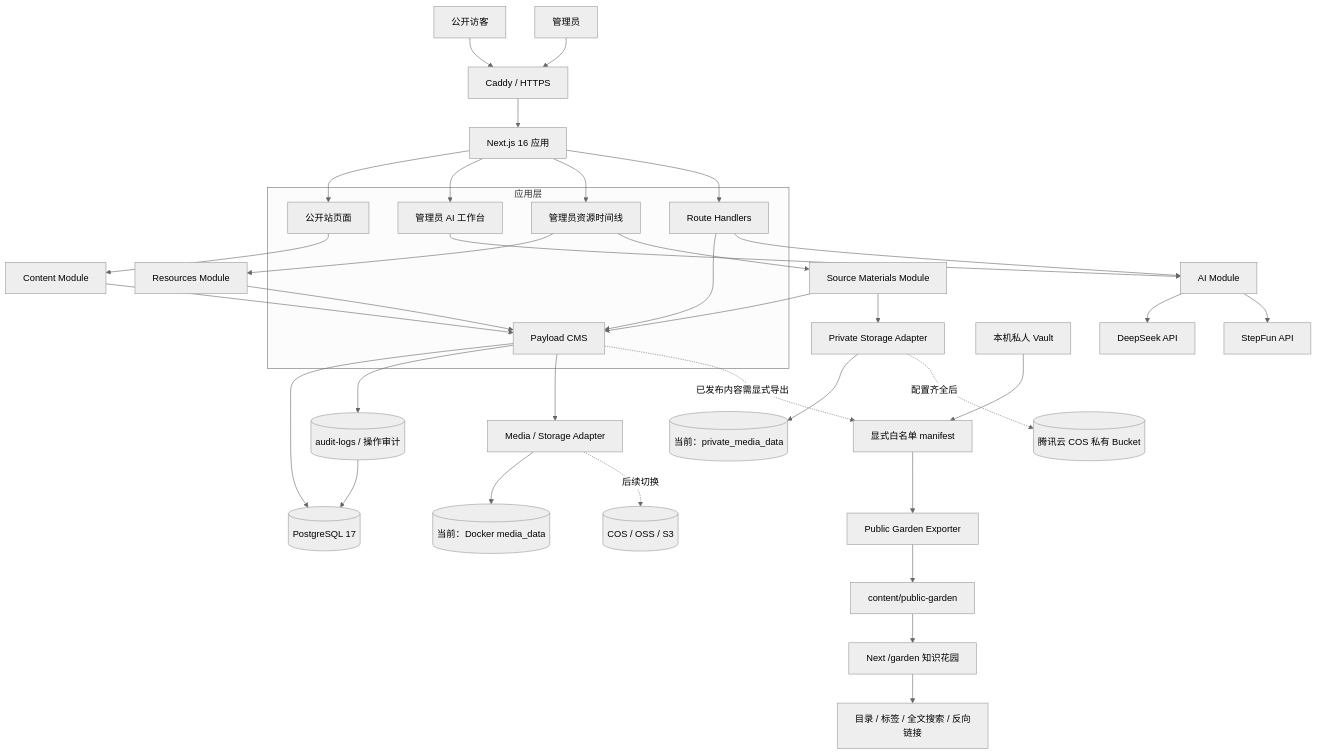
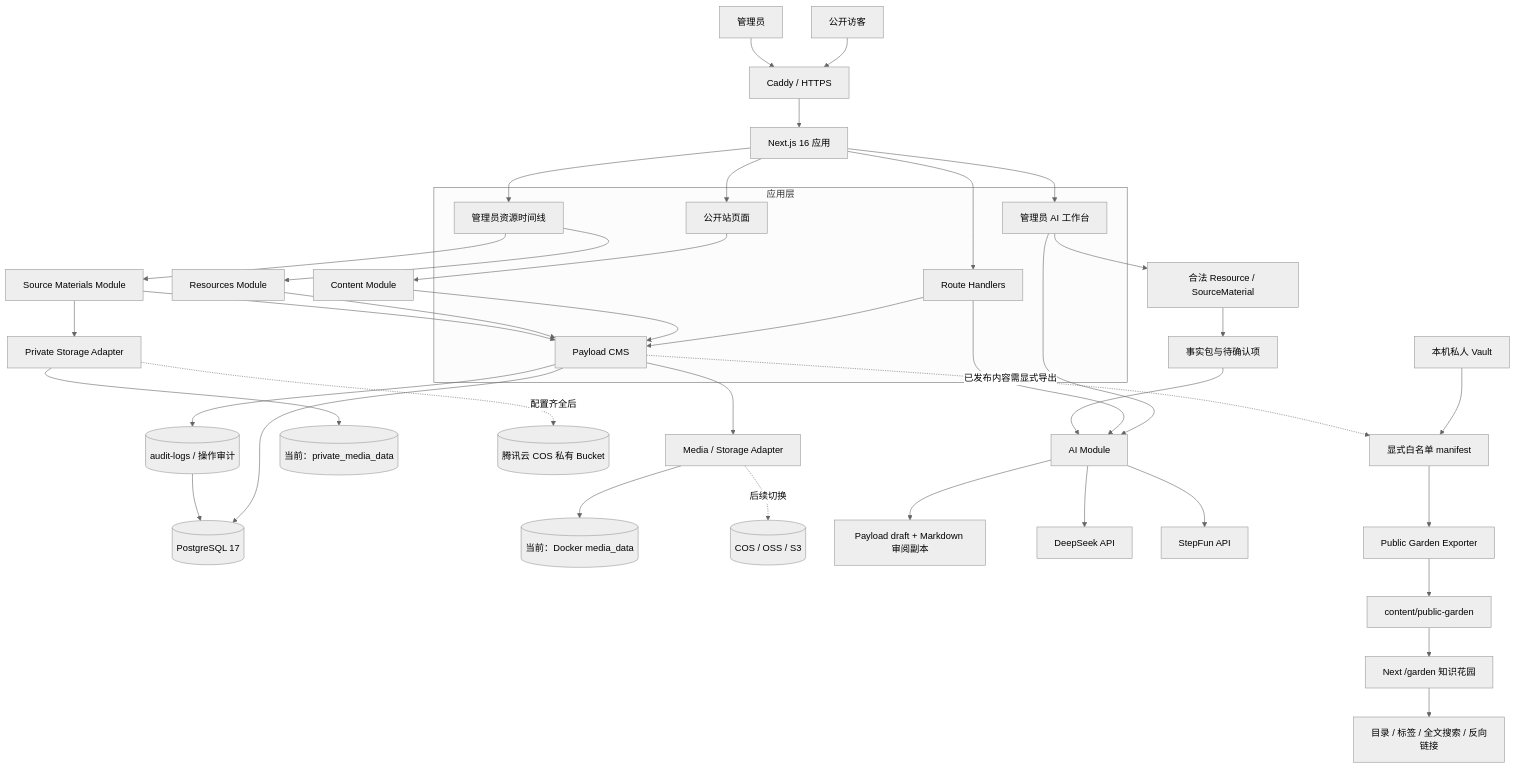
One commit to bseazh/Snorlaxden changed the diagram in README.md. Above: the diagram before and after it, drawn with Mermaid (neutral theme). The commit also changed other lines of this file and 31 other files, not shown here.

````diff
--- a/README.md
+++ b/README.md
@@ -24,48 +24,52 @@
 ```mermaid
 flowchart TB
   Visitor[公开访客] --> Caddy[Caddy / HTTPS]
   Admin[管理员] --> Caddy
   Caddy --> Next[Next.js 16 应用]
 
   subgraph Web[应用层]
     Public[公开站页面]
     Studio[管理员 AI 工作台]
     Library[管理员资源时间线]
     Routes[Route Handlers]
     Payload[Payload CMS]
   end
 
   Next --> Public
   Next --> Studio
   Next --> Library
   Next --> Routes
   Routes --> Payload
   Public --> ContentModule[Content Module]
   ContentModule --> Payload
   Library --> ResourceModule[Resources Module]
   ResourceModule --> Payload
   Library --> SourceModule[Source Materials Module]
   SourceModule --> Payload
 
   Payload --> PostgreSQL[(PostgreSQL 17)]
   Payload --> Audit[(audit-logs / 操作审计)]
   Audit --> PostgreSQL
   Payload --> Media[Media / Storage Adapter]
   Media --> Local[(当前：Docker media_data)]
   Media -. 后续切换 .-> ObjectStorage[(COS / OSS / S3)]
   SourceModule --> PrivateStore[Private Storage Adapter]
   PrivateStore --> PrivateVolume[(当前：private_media_data)]
   PrivateStore -. 配置齐全后 .-> COS[(腾讯云 COS 私有 Bucket)]
 
   Studio --> AIModule[AI Module]
   Routes --> AIModule
+  Studio --> Sources[合法 Resource / SourceMaterial]
+  Sources --> Facts[事实包与待确认项]
+  Facts --> AIModule
+  AIModule --> Draft[Payload draft + Markdown 审阅副本]
   AIModule --> DeepSeek[DeepSeek API]
   AIModule --> StepFun[StepFun API]
 
   PrivateVault[本机私人 Vault] --> Whitelist[显式白名单 manifest]
   Whitelist --> GardenExporter[Public Garden Exporter]
   GardenExporter --> Export[content/public-garden]
   Payload -. 已发布内容需显式导出 .-> Whitelist
   Export --> Garden[Next /garden 知识花园]
   Garden --> Search[目录 / 标签 / 全文搜索 / 反向链接]
 ```
````
